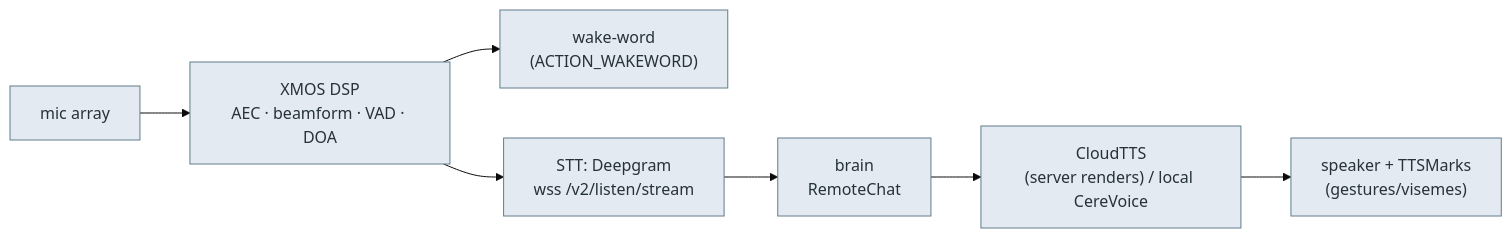
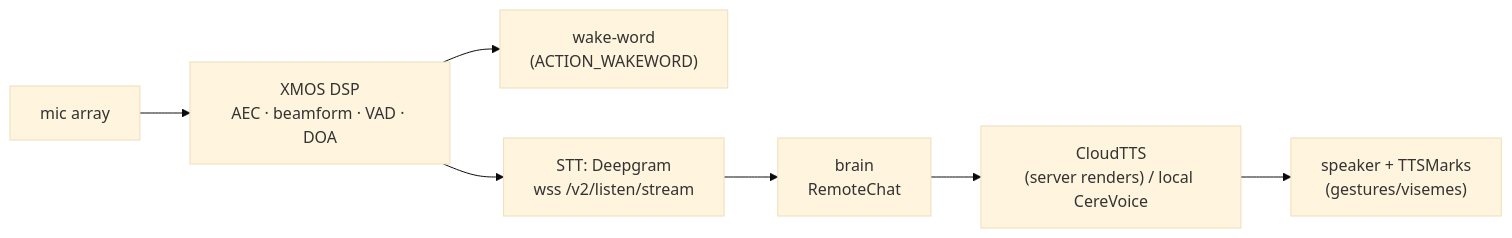
The first of 2 diagrams in sim/web/docs-bundle/reverse-engineering/runtime/perception-pipeline.md (mvalancy/moxie-robot-saver), drawn with Mermaid (base theme) before and after one commit. The commit also changed other lines of this file and 454 other files, not shown here.

````diff
--- a/sim/web/docs-bundle/reverse-engineering/runtime/perception-pipeline.md
+++ b/sim/web/docs-bundle/reverse-engineering/runtime/perception-pipeline.md
@@ -12,11 +14,9 @@
 ```mermaid
 flowchart LR
   mic["mic array"] --> xmos["XMOS DSP<br/>AEC · beamform · VAD · DOA"]
   xmos --> ww["wake-word<br/>(ACTION_WAKEWORD)"]
   xmos --> stt["STT: Deepgram<br/>wss /v2/listen/stream"]
   stt --> brain["brain<br/>RemoteChat"]
   brain --> tts["CloudTTS<br/>(server renders) / local CereVoice"]
   tts --> spk["speaker + TTSMarks<br/>(gestures/visemes)"]
-  classDef d fill:#e3eaf2,stroke:#607d8b,color:#263238;
-  class mic,xmos,ww,stt,brain,tts,spk d;
 ```
````
